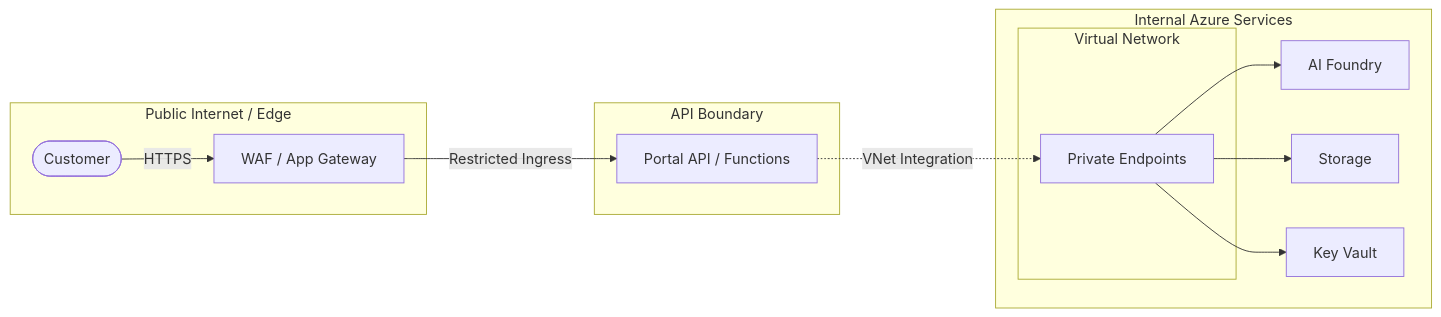
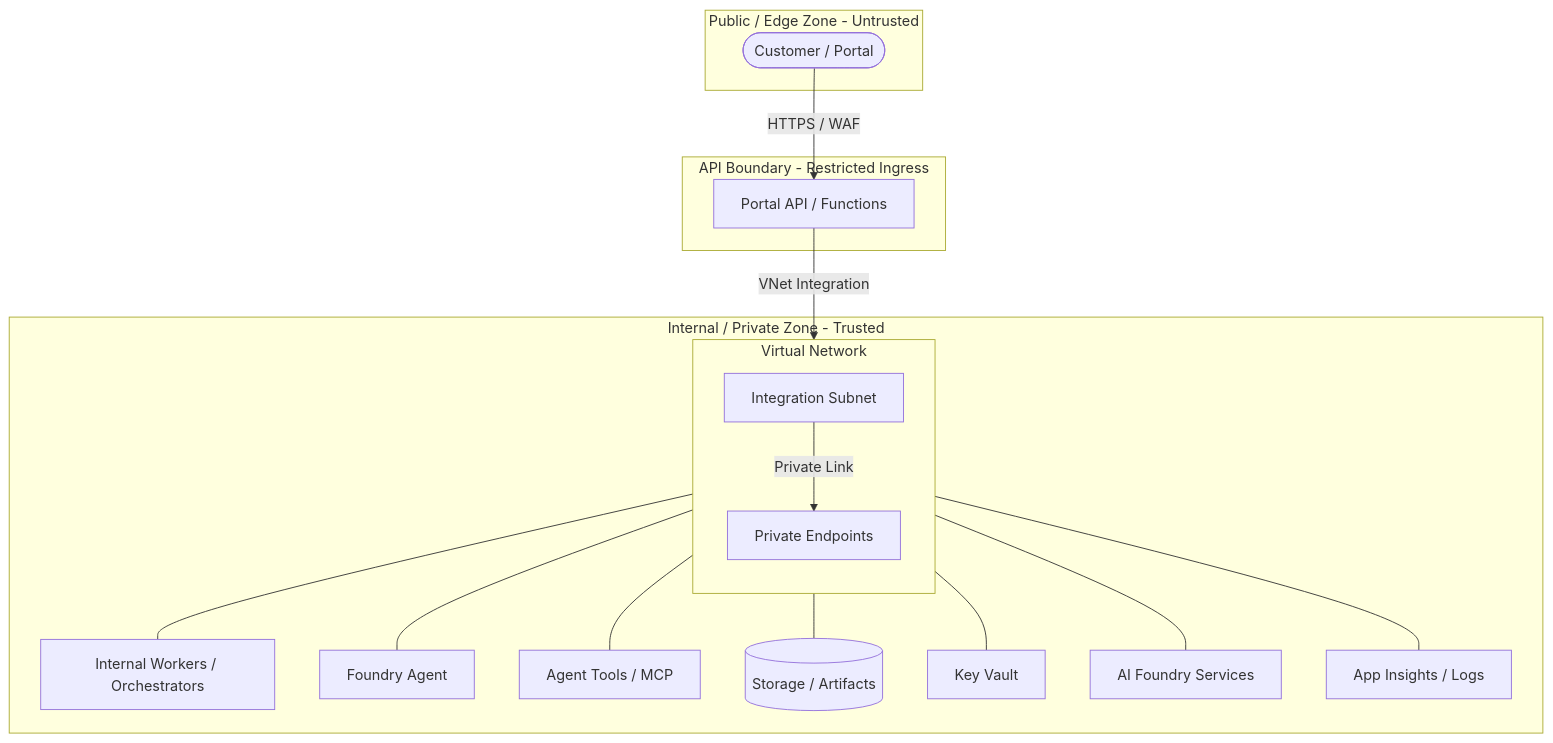
Before and after one commit to wildersa/azure_ref_kit: the diagram in building-blocks/security/network-boundary-notes/README.md, drawn with Mermaid. The commit also changed other lines of this file and 2 other files, not shown here.

First line of the commit message:
docs: implement Track 5.3 Network Boundary Notes reference

````diff
--- a/building-blocks/security/network-boundary-notes/README.md
+++ b/building-blocks/security/network-boundary-notes/README.md
@@ -11,27 +11,37 @@
 ```mermaid
-flowchart LR
-    subgraph PublicEdge [Public Internet / Edge]
-        User([Customer])
-        WAF[WAF / App Gateway]
+flowchart TD
+    subgraph PublicZone [Public / Edge Zone - Untrusted]
+        User([Customer / Portal])
     end
 
-    subgraph APIBoundary [API Boundary]
+    subgraph APIBoundary [API Boundary - Restricted Ingress]
         API[Portal API / Functions]
     end
 
-    subgraph InternalAzure [Internal Azure Services]
+    subgraph InternalZone [Internal / Private Zone - Trusted]
         subgraph VNet [Virtual Network]
+            direction TB
             PE[Private Endpoints]
+            Subnet[Integration Subnet]
         end
-        Foundry[AI Foundry]
-        Storage[Storage]
+
+        Workers[Internal Workers / Orchestrators]
+        Agent[Foundry Agent]
+        Tools[Agent Tools / MCP]
+        Storage[(Storage / Artifacts)]
         KV[Key Vault]
+        AI[AI Foundry Services]
+        Logs[App Insights / Logs]
     end
 
-    User -->|HTTPS| WAF
-    WAF -->|Restricted Ingress| API
-    API -.->|VNet Integration| PE
-    PE --> Foundry
-    PE --> Storage
-    PE --> KV
+    User -->|HTTPS / WAF| API
+    API -->|VNet Integration| Subnet
+    Subnet -->|Private Link| PE
+    PE --- Workers
+    PE --- Agent
+    PE --- Tools
+    PE --- Storage
+    PE --- KV
+    PE --- AI
+    PE --- Logs
 ```
````
